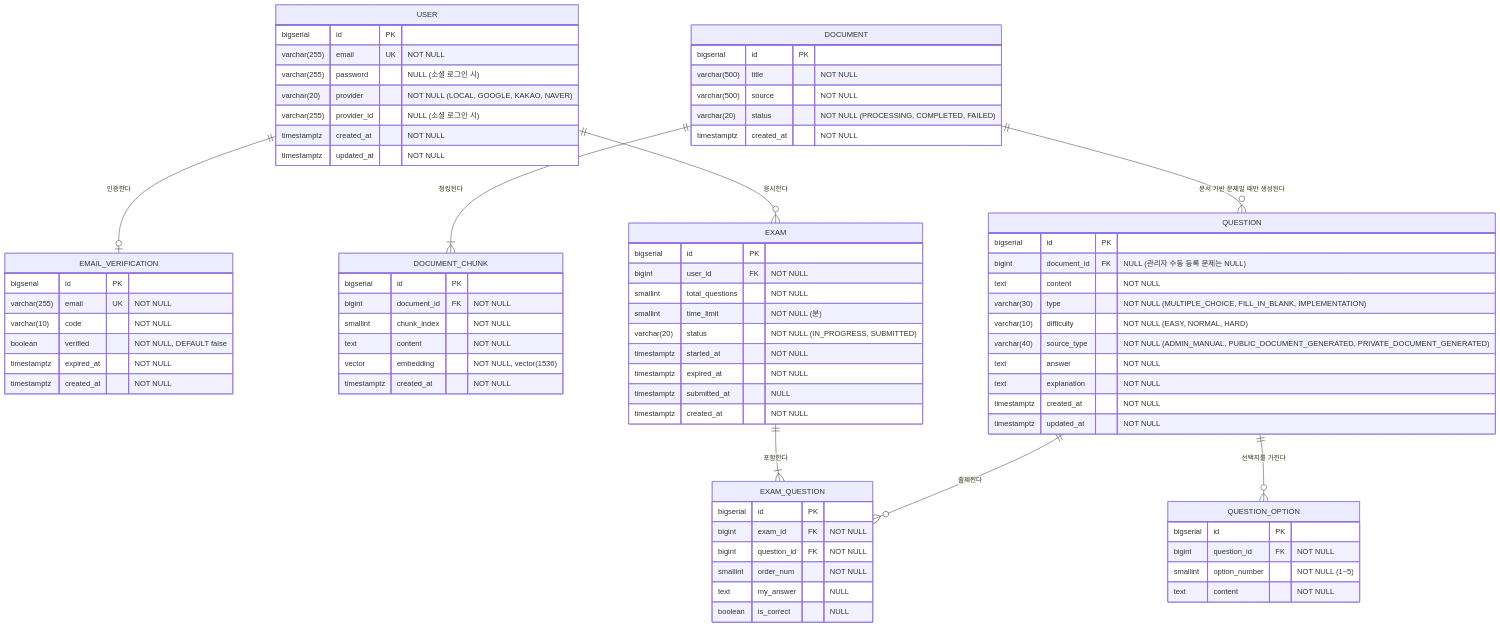
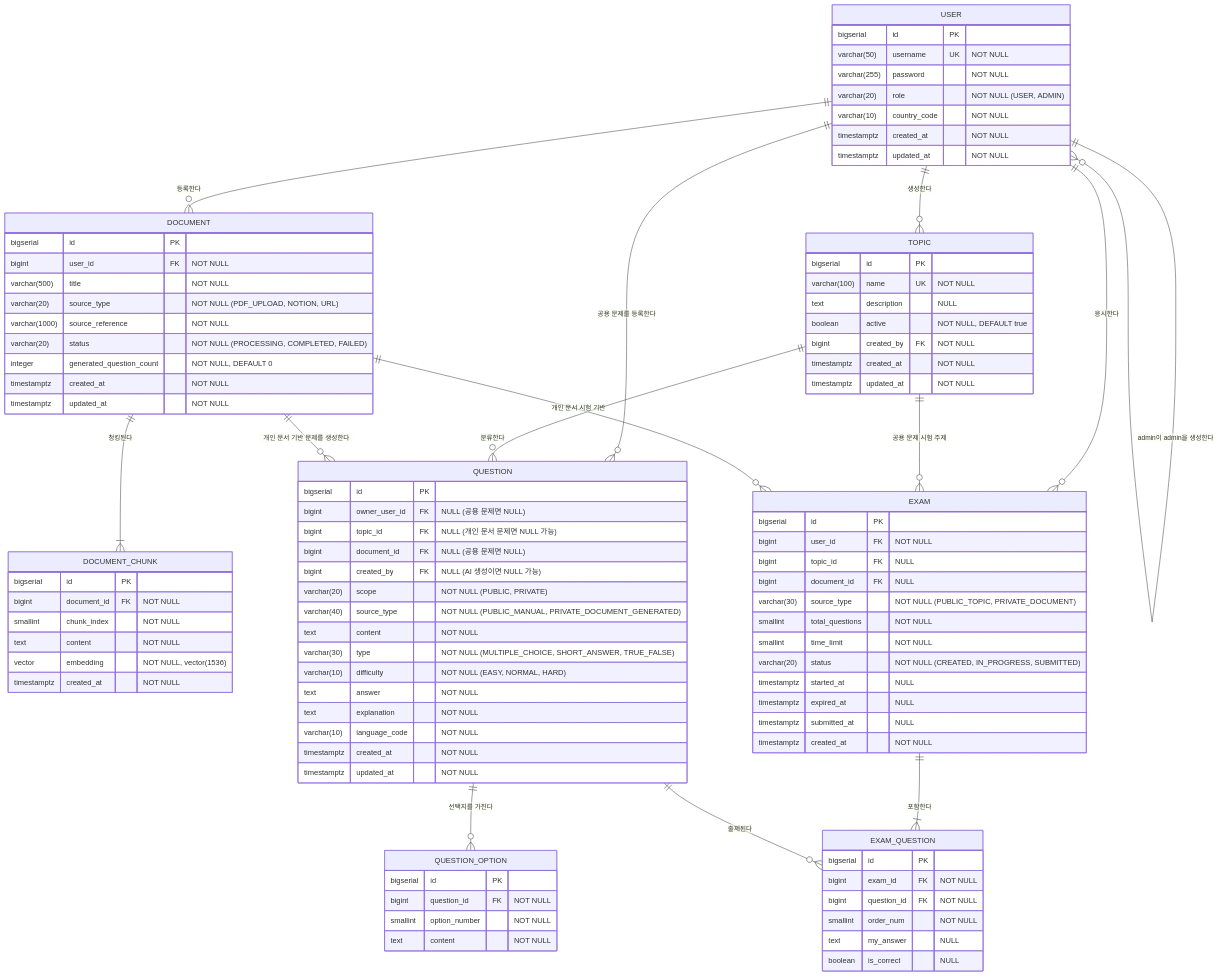
Before and after one commit to GaJaMy/TMK: the diagram in docs/ERD 설계.md, drawn with Mermaid. The commit also changed other lines of this file and 541 other files, not shown here.

```diff
--- a/docs/ERD 설계.md
+++ b/docs/ERD 설계.md
@@ -13,29 +13,34 @@
 
     USER {
         bigserial id PK
-        varchar(255) email UK "NOT NULL"
-        varchar(255) password "NULL (소셜 로그인 시)"
-        varchar(20) provider "NOT NULL (LOCAL, GOOGLE, KAKAO, NAVER)"
-        varchar(255) provider_id "NULL (소셜 로그인 시)"
+        varchar(50) username UK "NOT NULL"
+        varchar(255) password "NOT NULL"
+        varchar(20) role "NOT NULL (USER, ADMIN)"
+        varchar(10) country_code "NOT NULL"
         timestamptz created_at "NOT NULL"
         timestamptz updated_at "NOT NULL"
     }
 
-    EMAIL_VERIFICATION {
+    TOPIC {
         bigserial id PK
-        varchar(255) email UK "NOT NULL"
-        varchar(10) code "NOT NULL"
-        boolean verified "NOT NULL, DEFAULT false"
-        timestamptz expired_at "NOT NULL"
+        varchar(100) name UK "NOT NULL"
+        text description "NULL"
+        boolean active "NOT NULL, DEFAULT true"
+        bigint created_by FK "NOT NULL"
         timestamptz created_at "NOT NULL"
+        timestamptz updated_at "NOT NULL"
     }
 
     DOCUMENT {
         bigserial id PK
+        bigint user_id FK "NOT NULL"
         varchar(500) title "NOT NULL"
-        varchar(500) source "NOT NULL"
+        varchar(20) source_type "NOT NULL (PDF_UPLOAD, NOTION, URL)"
+        varchar(1000) source_reference "NOT NULL"
         varchar(20) status "NOT NULL (PROCESSING, COMPLETED, FAILED)"
+        integer generated_question_count "NOT NULL, DEFAULT 0"
         timestamptz created_at "NOT NULL"
+        timestamptz updated_at "NOT NULL"
     }
 
     DOCUMENT_CHUNK {
@@ -49,13 +54,18 @@
 
     QUESTION {
         bigserial id PK
-        bigint document_id FK "NULL (관리자 수동 등록 문제는 NULL)"
+        bigint owner_user_id FK "NULL (공용 문제면 NULL)"
+        bigint topic_id FK "NULL (개인 문서 문제면 NULL 가능)"
+        bigint document_id FK "NULL (공용 문제면 NULL)"
+        bigint created_by FK "NULL (AI 생성이면 NULL 가능)"
+        varchar(20) scope "NOT NULL (PUBLIC, PRIVATE)"
+        varchar(40) source_type "NOT NULL (PUBLIC_MANUAL, PRIVATE_DOCUMENT_GENERATED)"
         text content "NOT NULL"
-        varchar(30) type "NOT NULL (MULTIPLE_CHOICE, FILL_IN_BLANK, IMPLEMENTATION)"
+        varchar(30) type "NOT NULL (MULTIPLE_CHOICE, SHORT_ANSWER, TRUE_FALSE)"
         varchar(10) difficulty "NOT NULL (EASY, NORMAL, HARD)"
-        varchar(40) source_type "NOT NULL (ADMIN_MANUAL, PUBLIC_DOCUMENT_GENERATED, PRIVATE_DOCUMENT_GENERATED)"
         text answer "NOT NULL"
         text explanation "NOT NULL"
+        varchar(10) language_code "NOT NULL"
         timestamptz created_at "NOT NULL"
         timestamptz updated_at "NOT NULL"
     }
@@ -63,18 +73,21 @@
     QUESTION_OPTION {
         bigserial id PK
         bigint question_id FK "NOT NULL"
-        smallint option_number "NOT NULL (1~5)"
+        smallint option_number "NOT NULL"
         text content "NOT NULL"
     }
 
     EXAM {
         bigserial id PK
         bigint user_id FK "NOT NULL"
+        bigint topic_id FK "NULL"
+        bigint document_id FK "NULL"
+        varchar(30) source_type "NOT NULL (PUBLIC_TOPIC, PRIVATE_DOCUMENT)"
         smallint total_questions "NOT NULL"
-        smallint time_limit "NOT NULL (분)"
-        varchar(20) status "NOT NULL (IN_PROGRESS, SUBMITTED)"
-        timestamptz started_at "NOT NULL"
-        timestamptz expired_at "NOT NULL"
+        smallint time_limit "NOT NULL"
+        varchar(20) status "NOT NULL (CREATED, IN_PROGRESS, SUBMITTED)"
+        timestamptz started_at "NULL"
+        timestamptz expired_at "NULL"
         timestamptz submitted_at "NULL"
         timestamptz created_at "NOT NULL"
     }
@@ -88,10 +101,16 @@
         boolean is_correct "NULL"
     }
 
+    USER ||--o{ DOCUMENT : "등록한다"
     USER ||--o{ EXAM : "응시한다"
-    USER ||--o| EMAIL_VERIFICATION : "인증한다"
+    USER ||--o{ TOPIC : "생성한다"
+    USER ||--o{ QUESTION : "공용 문제를 등록한다"
+    USER ||--o{ USER : "admin이 admin을 생성한다"
+    TOPIC ||--o{ QUESTION : "분류한다"
+    TOPIC ||--o{ EXAM : "공용 문제 시험 주제"
     DOCUMENT ||--|{ DOCUMENT_CHUNK : "청킹된다"
-    DOCUMENT ||--o{ QUESTION : "문서 기반 문제일 때만 생성된다"
+    DOCUMENT ||--o{ QUESTION : "개인 문서 기반 문제를 생성한다"
+    DOCUMENT ||--o{ EXAM : "개인 문서 시험 기반"
     QUESTION ||--o{ QUESTION_OPTION : "선택지를 가진다"
     EXAM ||--|{ EXAM_QUESTION : "포함한다"
     QUESTION ||--o{ EXAM_QUESTION : "출제된다"
```
